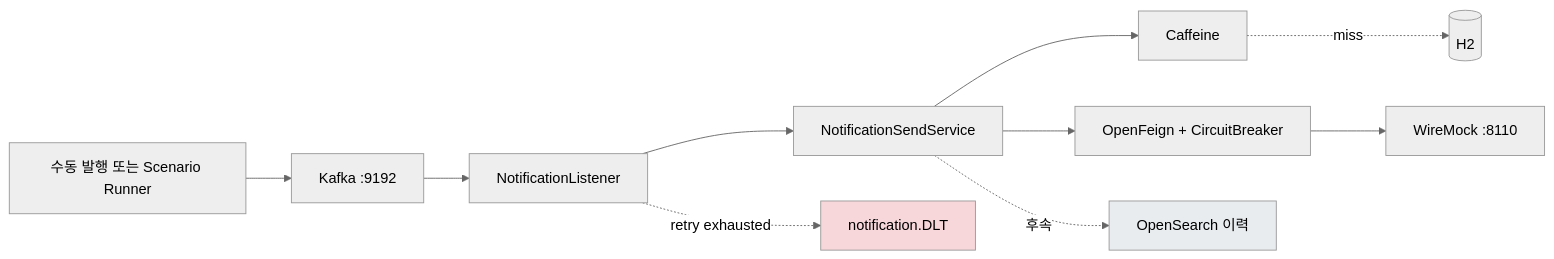
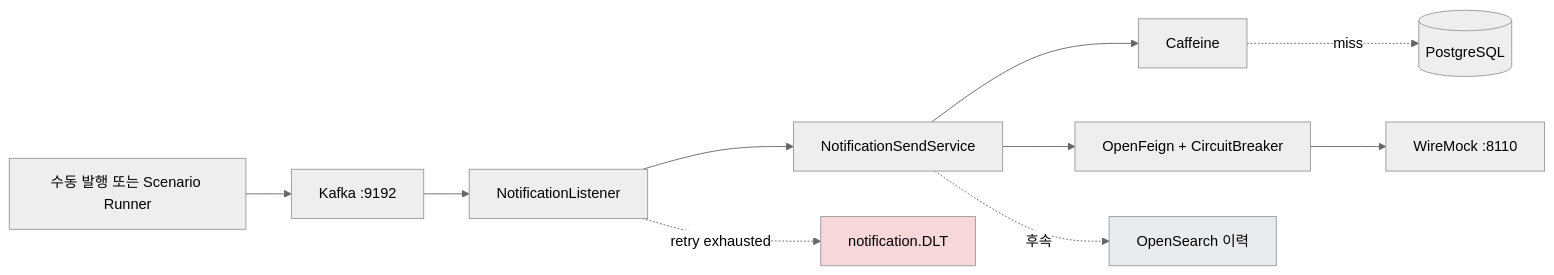
The second of 2 diagrams in apps/notification-service/docs/03-architecture.md (scofe97/notification-lab), drawn with Mermaid (neutral theme) before and after one commit. The commit also changed other lines of this file and 5 other files, not shown here.

````diff
--- a/apps/notification-service/docs/03-architecture.md
+++ b/apps/notification-service/docs/03-architecture.md
@@ -99,15 +99,15 @@
 ```mermaid
 flowchart LR
     PROD["수동 발행 또는 Scenario Runner"] --> KAFKA["Kafka :9192"]
     KAFKA --> LSN["NotificationListener"]
     LSN --> SVC["NotificationSendService"]
     SVC --> CACHE["Caffeine"]
-    CACHE -. "miss" .-> H2[("H2")]
+    CACHE -. "miss" .-> PG[("PostgreSQL")]
     SVC --> FEIGN["OpenFeign + CircuitBreaker"]
     FEIGN --> WM["WireMock :8110"]
     LSN -. "retry exhausted" .-> DLT["notification.DLT"]
     SVC -. "후속" .-> OS["OpenSearch 이력"]
 
     style OS fill:#e9ecef,color:#000
     style DLT fill:#f8d7da,color:#000
 ```
````
